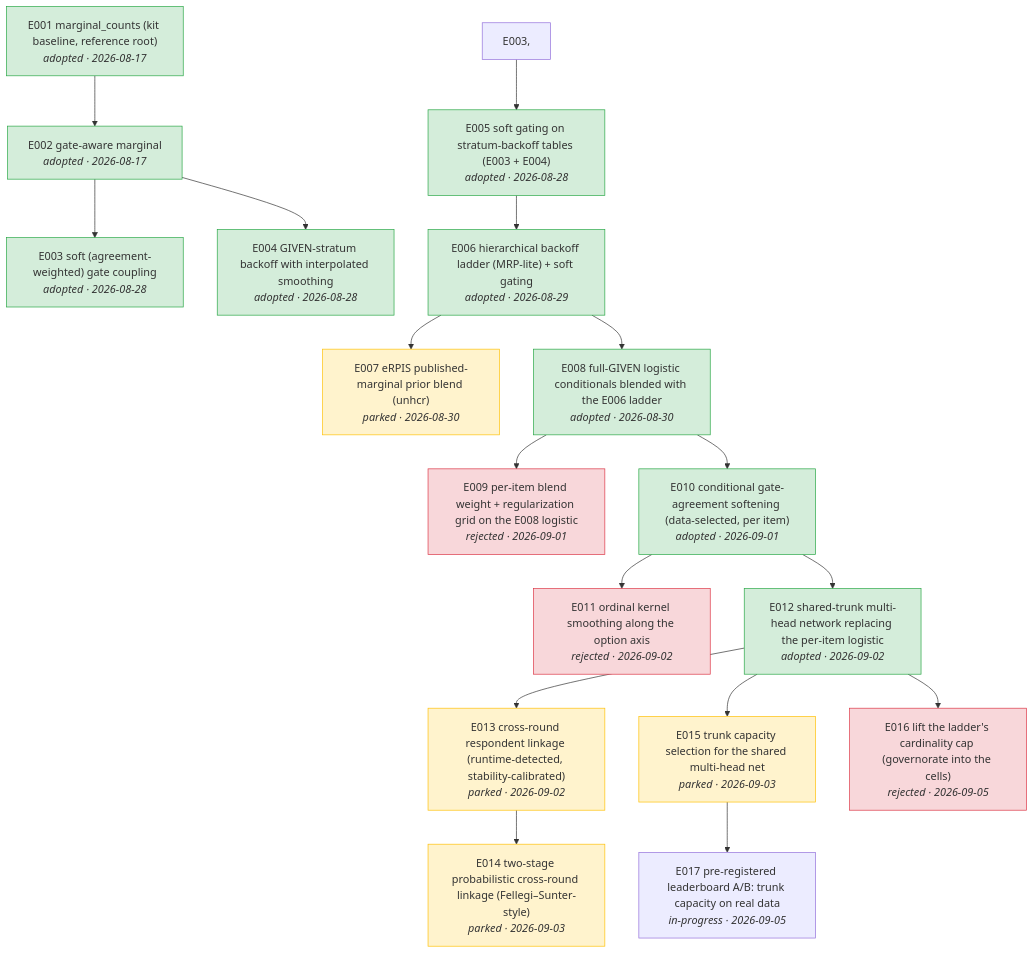
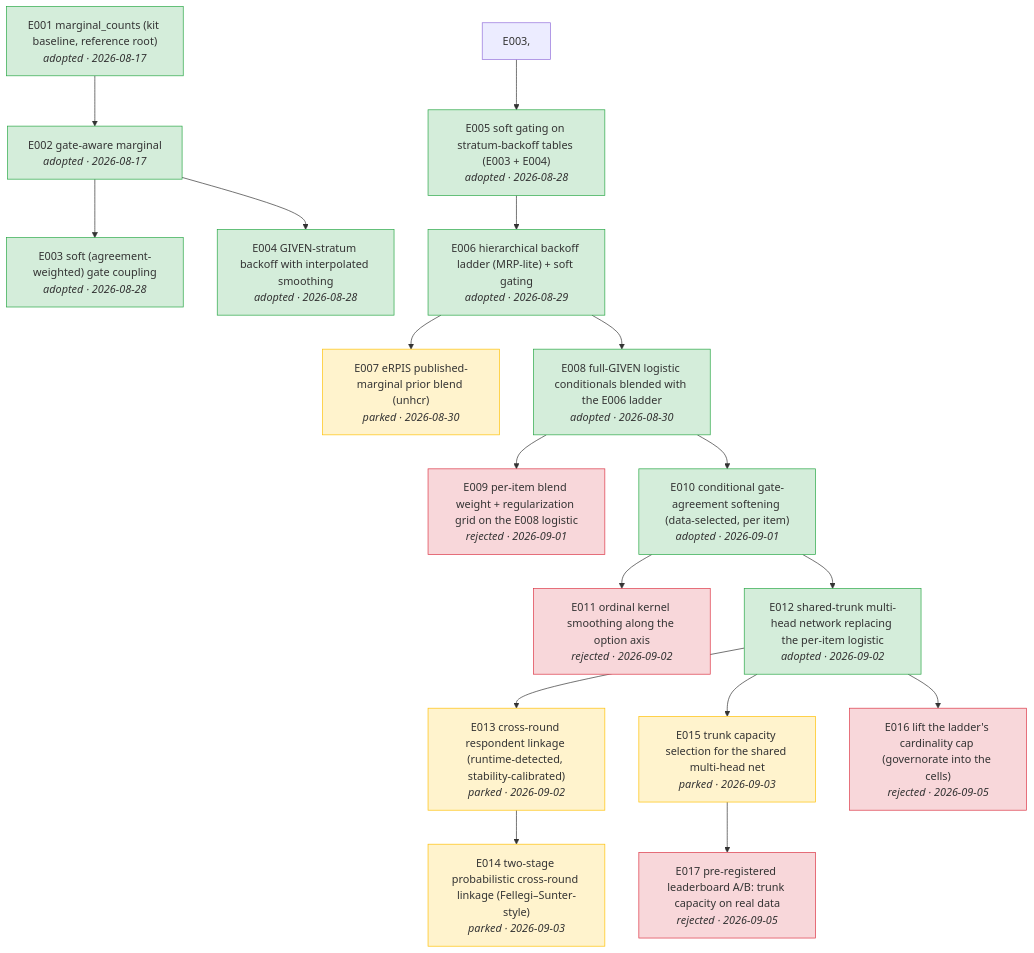
Before and after one commit to joon56/Simulacrabench-NeurIPS-2026-: the diagram in docs/tree.md, drawn with Mermaid. The commit also changed 1 other file, not shown here.

Commit message:
E017: leaderboard A/B result 0.60 (0.52/0.49/0.79) — capacity direction closed

````diff
--- a/docs/tree.md
+++ b/docs/tree.md
@@ -5,42 +5,42 @@
 ```mermaid
 flowchart TD
     E001["E001 marginal_counts (kit baseline, reference root)<br/><i>adopted · 2026-08-17</i>"]
     E002["E002 gate-aware marginal<br/><i>adopted · 2026-08-17</i>"]
     E001 --> E002
     E003["E003 soft (agreement-weighted) gate coupling<br/><i>adopted · 2026-08-28</i>"]
     E002 --> E003
     E004["E004 GIVEN-stratum backoff with interpolated smoothing<br/><i>adopted · 2026-08-28</i>"]
     E002 --> E004
     E005["E005 soft gating on stratum-backoff tables (E003 + E004)<br/><i>adopted · 2026-08-28</i>"]
     E003, --> E005
     E006["E006 hierarchical backoff ladder (MRP-lite) + soft gating<br/><i>adopted · 2026-08-29</i>"]
     E005 --> E006
     E007["E007 eRPIS published-marginal prior blend (unhcr)<br/><i>parked · 2026-08-30</i>"]
     E006 --> E007
     E008["E008 full-GIVEN logistic conditionals blended with the E006 ladder<br/><i>adopted · 2026-08-30</i>"]
     E006 --> E008
     E009["E009 per-item blend weight + regularization grid on the E008 logistic<br/><i>rejected · 2026-09-01</i>"]
     E008 --> E009
     E010["E010 conditional gate-agreement softening (data-selected, per item)<br/><i>adopted · 2026-09-01</i>"]
     E008 --> E010
     E011["E011 ordinal kernel smoothing along the option axis<br/><i>rejected · 2026-09-02</i>"]
     E010 --> E011
     E012["E012 shared-trunk multi-head network replacing the per-item logistic<br/><i>adopted · 2026-09-02</i>"]
     E010 --> E012
     E013["E013 cross-round respondent linkage (runtime-detected, stability-calibrated)<br/><i>parked · 2026-09-02</i>"]
     E012 --> E013
     E014["E014 two-stage probabilistic cross-round linkage (Fellegi–Sunter-style)<br/><i>parked · 2026-09-03</i>"]
     E013 --> E014
     E015["E015 trunk capacity selection for the shared multi-head net<br/><i>parked · 2026-09-03</i>"]
     E012 --> E015
     E016["E016 lift the ladder's cardinality cap (governorate into the cells)<br/><i>rejected · 2026-09-05</i>"]
     E012 --> E016
-    E017["E017 pre-registered leaderboard A/B: trunk capacity on real data<br/><i>in-progress · 2026-09-05</i>"]
+    E017["E017 pre-registered leaderboard A/B: trunk capacity on real data<br/><i>rejected · 2026-09-05</i>"]
     E015 --> E017
     classDef adopted fill:#d4edda,stroke:#28a745
     class E001,E002,E003,E004,E005,E006,E008,E010,E012 adopted
     classDef rejected fill:#f8d7da,stroke:#dc3545
-    class E009,E011,E016 rejected
+    class E009,E011,E016,E017 rejected
     classDef parked fill:#fff3cd,stroke:#ffc107
     class E007,E013,E014,E015 parked
 ```
````
